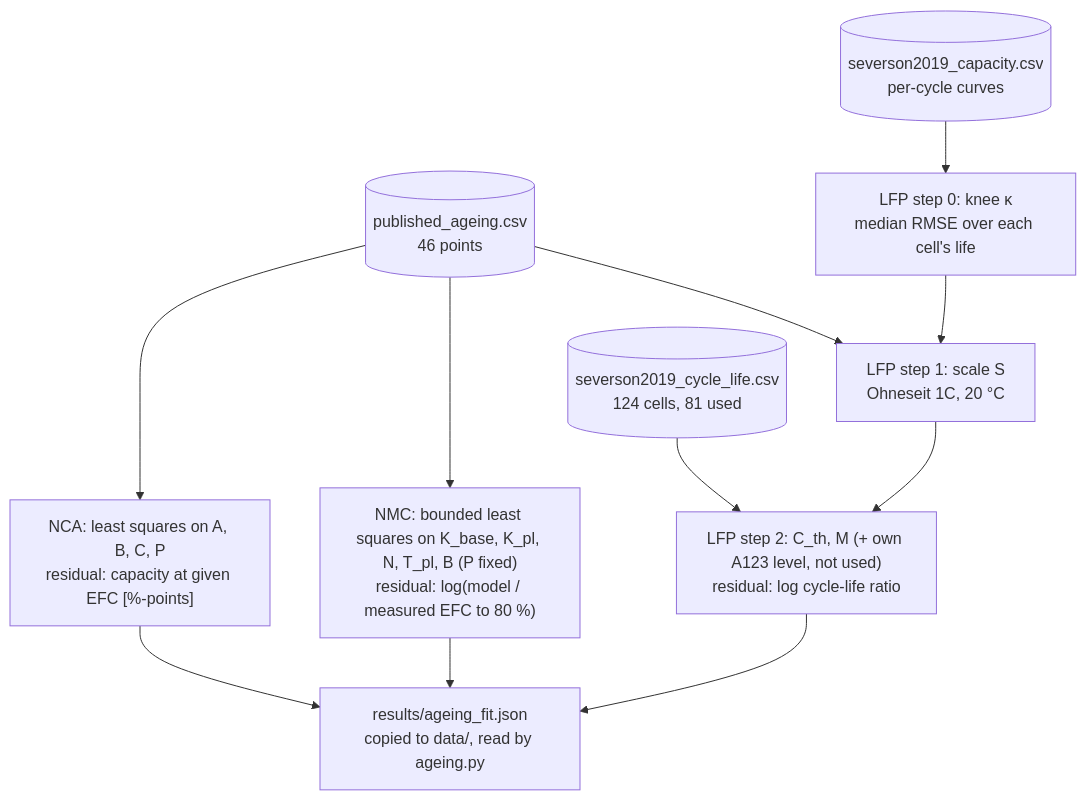
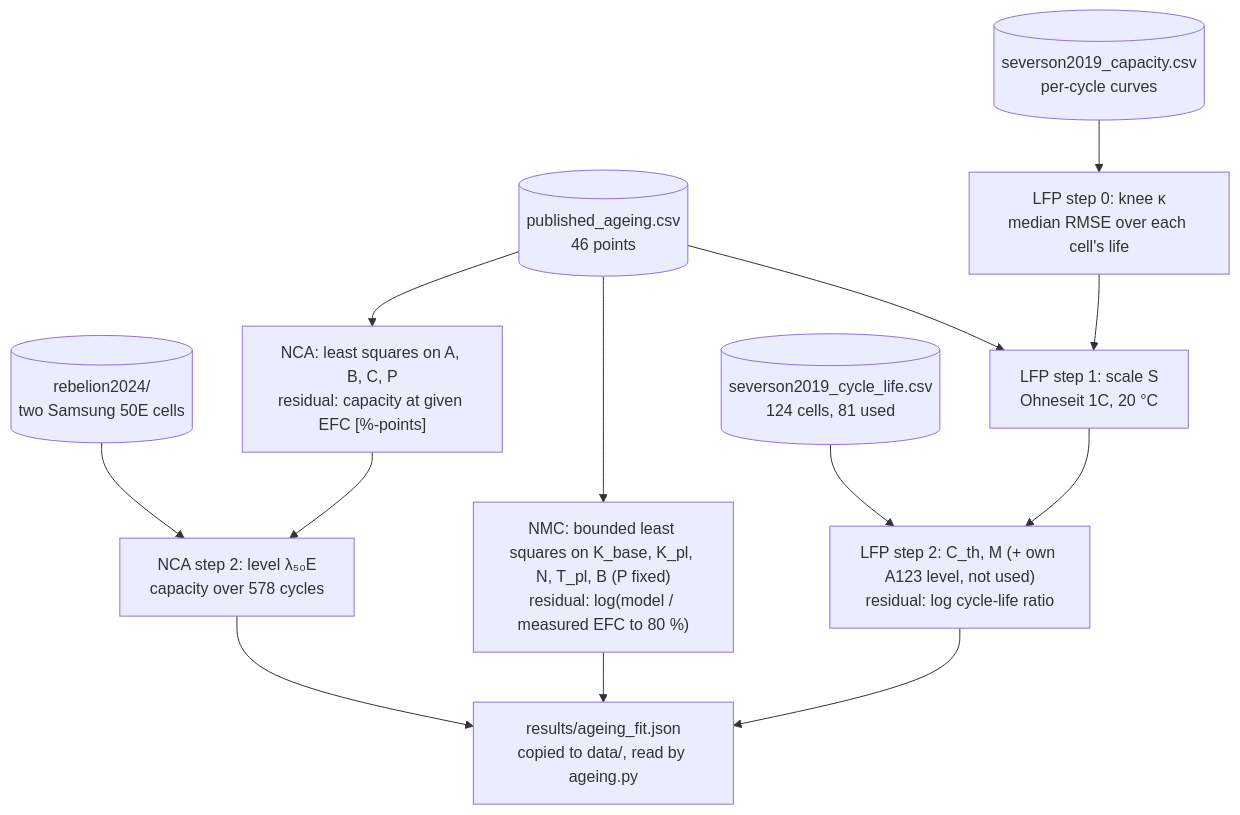
Before and after one commit to TheJohn01/DigitalTwinBattery: the seventh of 12 diagrams in README.md, drawn with Mermaid. The commit also changed other lines of this file, not shown here.

````diff
--- a/README.md
+++ b/README.md
@@ -1063,18 +1077,20 @@
 ```mermaid
 flowchart TD
     CSV[("published_ageing.csv<br/>46 points")] --> NCA
     CSV --> NMC
     CSV --> LFP1
     SEV[("severson2019_cycle_life.csv<br/>124 cells, 81 used")] --> LFP2
     CUR[("severson2019_capacity.csv<br/>per-cycle curves")] --> LFP0
     LFP0["LFP step 0: knee κ<br/>median RMSE over each cell's life"]
     LFP0 --> LFP1
     NCA["NCA: least squares on A, B, C, P<br/>residual: capacity at given EFC [%-points]"]
     NMC["NMC: bounded least squares on K_base, K_pl, N, T_pl, B (P fixed)<br/>residual: log(model / measured EFC to 80 %)"]
     LFP1["LFP step 1: scale S<br/>Ohneseit 1C, 20 °C"]
     LFP2["LFP step 2: C_th, M (+ own A123 level, not used)<br/>residual: log cycle-life ratio"]
     LFP1 --> LFP2
-    NCA --> OUT["results/ageing_fit.json<br/>copied to data/, read by ageing.py"]
+    REB[("rebelion2024/<br/>two Samsung 50E cells")] --> NCA2
+    NCA --> NCA2["NCA step 2: level λ₅₀E<br/>capacity over 578 cycles"]
+    NCA2 --> OUT["results/ageing_fit.json<br/>copied to data/, read by ageing.py"]
     NMC --> OUT
     LFP2 --> OUT
 ```
````
